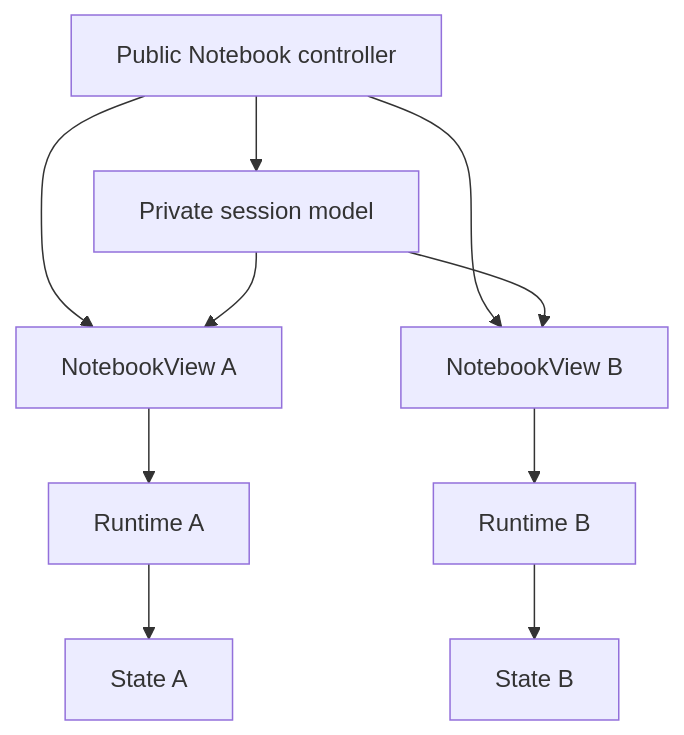
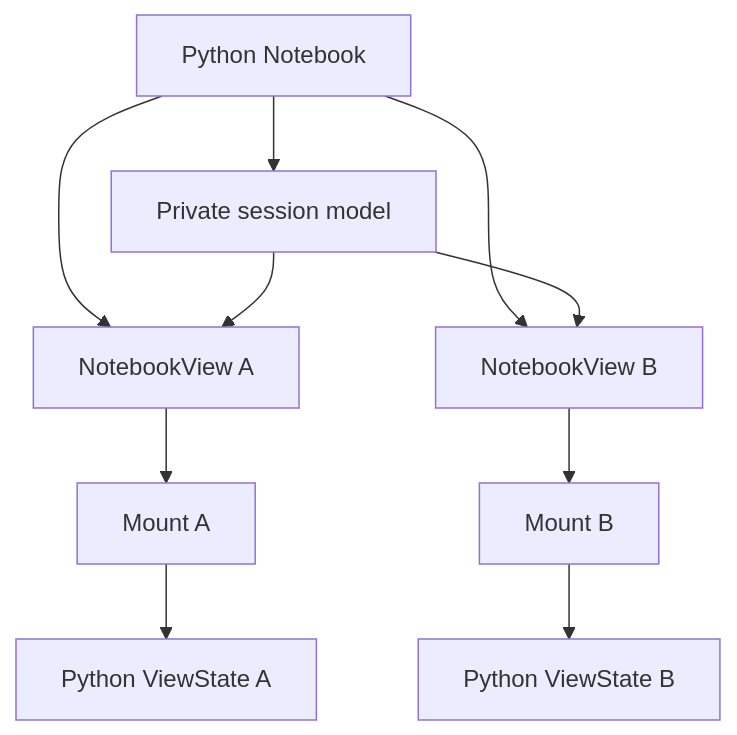
The diagram in development_docs/view-composition.md (peter-gy/pyobservablejs), drawn with Mermaid before and after one commit. The commit also changed other lines of this file and 161 other files, not shown here.

````diff
--- a/development_docs/view-composition.md
+++ b/development_docs/view-composition.md
@@ -35,10 +39,10 @@
 ```mermaid
 flowchart TB
-  notebook["Public Notebook controller"] --> session["Private session model"]
+  notebook["Python Notebook"] --> session["Private session model"]
   notebook --> viewA["NotebookView A"]
   notebook --> viewB["NotebookView B"]
   session --> viewA
   session --> viewB
-  viewA --> runtimeA["Runtime A"] --> stateA["State A"]
-  viewB --> runtimeB["Runtime B"] --> stateB["State B"]
+  viewA --> mountA["Mount A"] --> stateA["Python ViewState A"]
+  viewB --> mountB["Mount B"] --> stateB["Python ViewState B"]
 ```
````
